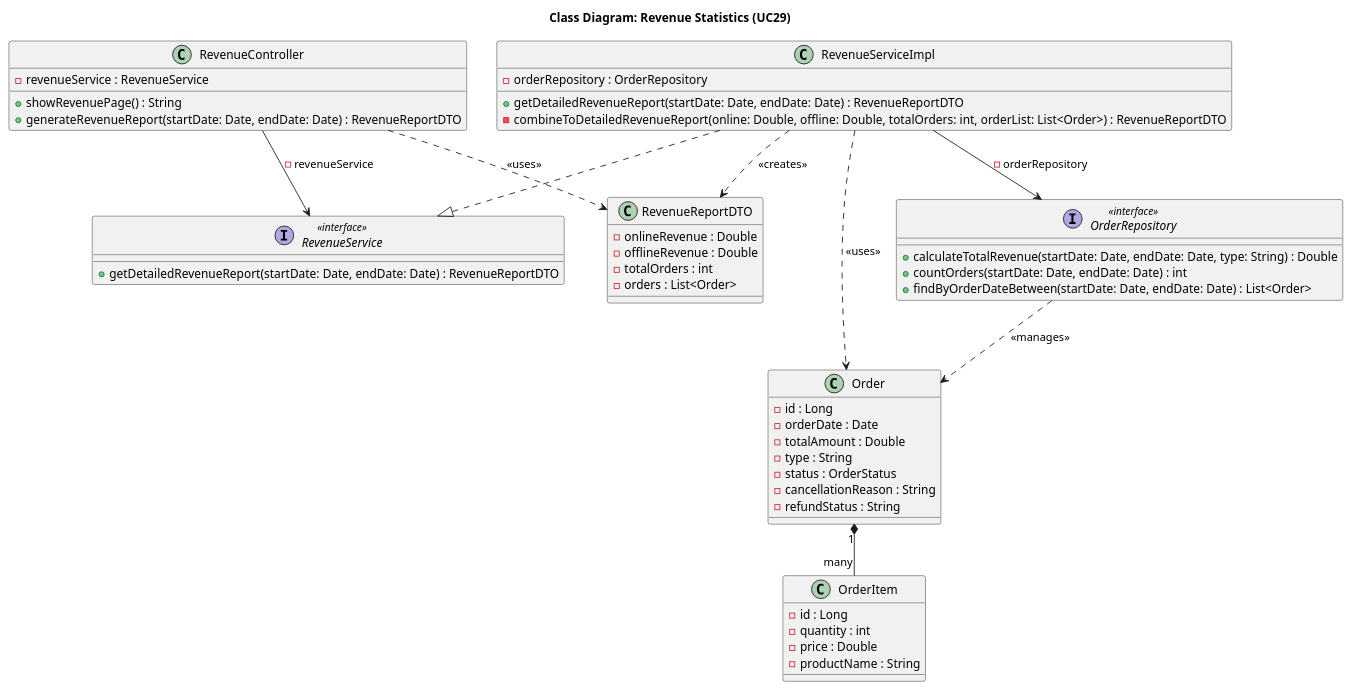
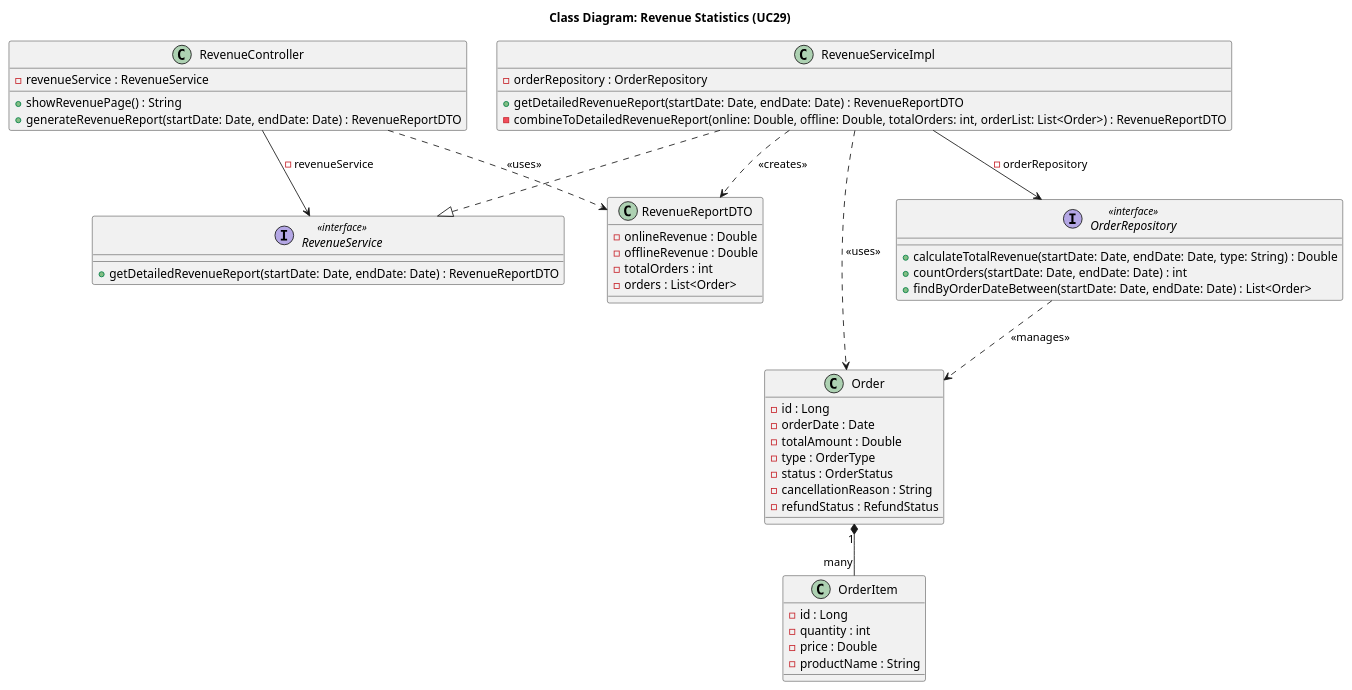
One commit to Peterdir/fashion-store-system changed the diagram in src/main/java/org/example/fashionstoresystem/uml/Class/CD29_RevenueStatistics.puml. Above: the diagram before and after it, drawn with PlantUML. The commit also changed 37 other files, not shown here.

```diff
--- a/src/main/java/org/example/fashionstoresystem/uml/Class/CD29_RevenueStatistics.puml
+++ b/src/main/java/org/example/fashionstoresystem/uml/Class/CD29_RevenueStatistics.puml
@@ -1,76 +1,76 @@
 @startuml
 title Class Diagram: Revenue Statistics (UC29)
 
 ' Controller
 class RevenueController {
     - revenueService : RevenueService
     + showRevenuePage() : String
     + generateRevenueReport(startDate: Date, endDate: Date) : RevenueReportDTO
 }
 
 ' Service
 interface RevenueService <<interface>> {
     + getDetailedRevenueReport(startDate: Date, endDate: Date) : RevenueReportDTO
 }
 
 class RevenueServiceImpl {
     - orderRepository : OrderRepository
     + getDetailedRevenueReport(startDate: Date, endDate: Date) : RevenueReportDTO
     - combineToDetailedRevenueReport(online: Double, offline: Double, totalOrders: int, orderList: List<Order>) : RevenueReportDTO
 }
 
 ' Repository
 interface OrderRepository <<interface>> {
     + calculateTotalRevenue(startDate: Date, endDate: Date, type: String) : Double
     + countOrders(startDate: Date, endDate: Date) : int
     + findByOrderDateBetween(startDate: Date, endDate: Date) : List<Order>
 }
 
 ' DTO
 
 class RevenueReportDTO {
     - onlineRevenue : Double
     - offlineRevenue : Double
     - totalOrders : int
     - orders : List<Order>
 }
 
 ' Entity
 
 class Order {
     - id : Long
     - orderDate : Date
     - totalAmount : Double
-    - type : String
+    - type : OrderType
     - status : OrderStatus
     - cancellationReason : String
-    - refundStatus : String
+    - refundStatus : RefundStatus
 }
 
 class OrderItem {
     - id : Long
     - quantity : int
     - price : Double
     - productName : String
 }
 
 ' Relationships
 
 ' Composition (Order contains OrderItems)
 Order "1" *-- "many" OrderItem
 
 ' Implementation
 RevenueServiceImpl ..|> RevenueService
 
 ' Dependency Injection
 RevenueController --> RevenueService : - revenueService
 RevenueServiceImpl --> OrderRepository : - orderRepository
 
 ' Object Usage
 RevenueController ..> RevenueReportDTO : <<uses>>
 RevenueServiceImpl ..> RevenueReportDTO : <<creates>>
 
 OrderRepository ..> Order : <<manages>>
 RevenueServiceImpl ..> Order : <<uses>>
 
 @enduml
```
